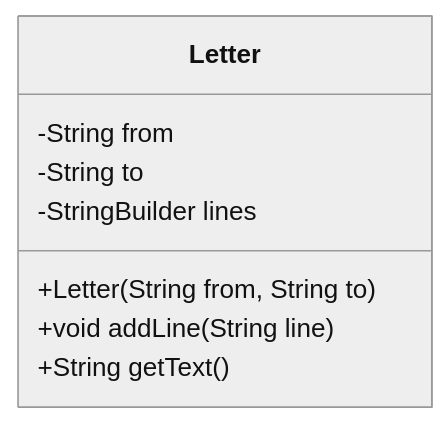
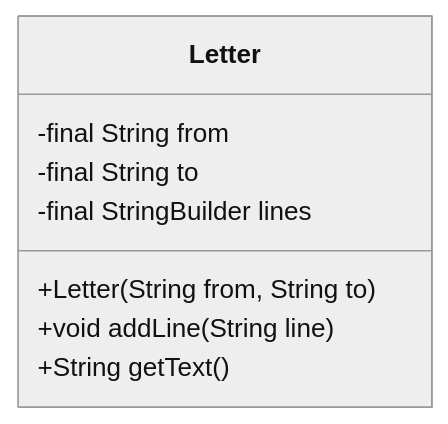
The seventh of 13 diagrams in code/exercises/src/main/java/com/nbicocchi/exercises/oop/README.md (nbicocchi/learn-java-core), drawn with Mermaid (neutral theme) before and after one commit. The commit also changed other lines of this file and 7 other files, not shown here.

````diff
--- a/code/exercises/src/main/java/com/nbicocchi/exercises/oop/README.md
+++ b/code/exercises/src/main/java/com/nbicocchi/exercises/oop/README.md
@@ -237,11 +237,11 @@
 ```mermaid
 classDiagram
     class Letter {
-        -String from
-        -String to
-        -StringBuilder lines
+        -final String from
+        -final String to
+        -final StringBuilder lines
         +Letter(String from, String to)
         +void addLine(String line)
         +String getText()
     }
 ```
````
